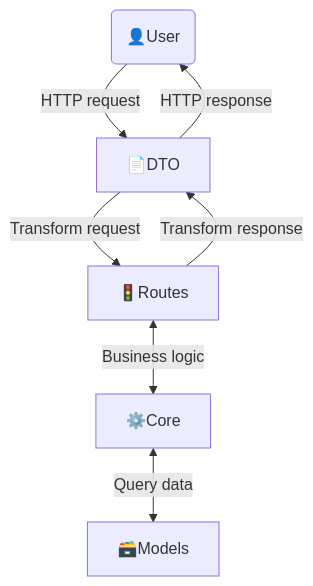
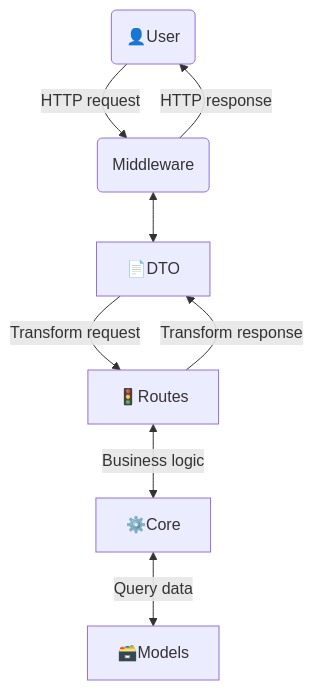
One commit to mateogall0/fastapi_mongodb_template changed the diagram in README.md. Above: the diagram before and after it, drawn with Mermaid.

````diff
--- a/README.md
+++ b/README.md
@@ -4,23 +4,27 @@
 ```mermaid
 graph TB
   
     USER(👤User)
+    MIDD(Middleware)
     DTO[📄DTO]
     ROUTES[🚦Routes]
     CORE[⚙️Core]
     MODELS[🗃️Models]
 
     %% User interacting with the DTO layer
-    USER -- "HTTP request" --> DTO
-    DTO -- "HTTP response" --> USER
+    USER -- "HTTP request" --> MIDD
+    MIDD -- "HTTP response" --> USER
+
+    %% Middleware actions before and after DTO
+    MIDD <--> DTO
 
     %% DTO and Routes exchange
     DTO -- "Transform request" --> ROUTES
     ROUTES -- "Transform response" --> DTO
 
     %% Routes and Core interaction
     ROUTES <-- "Business logic" --> CORE
 
     %% Routes and Models interaction
     CORE <-- "Query data" --> MODELS
 ```
````
